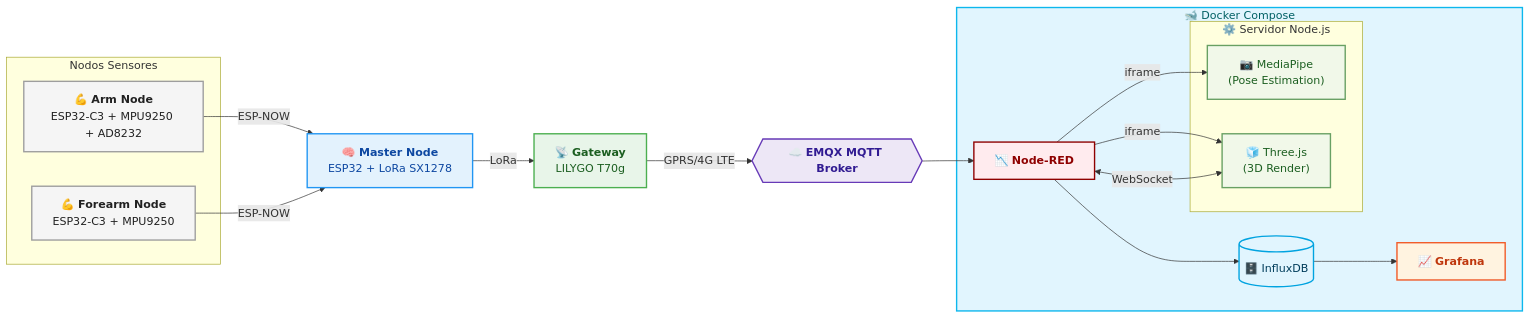
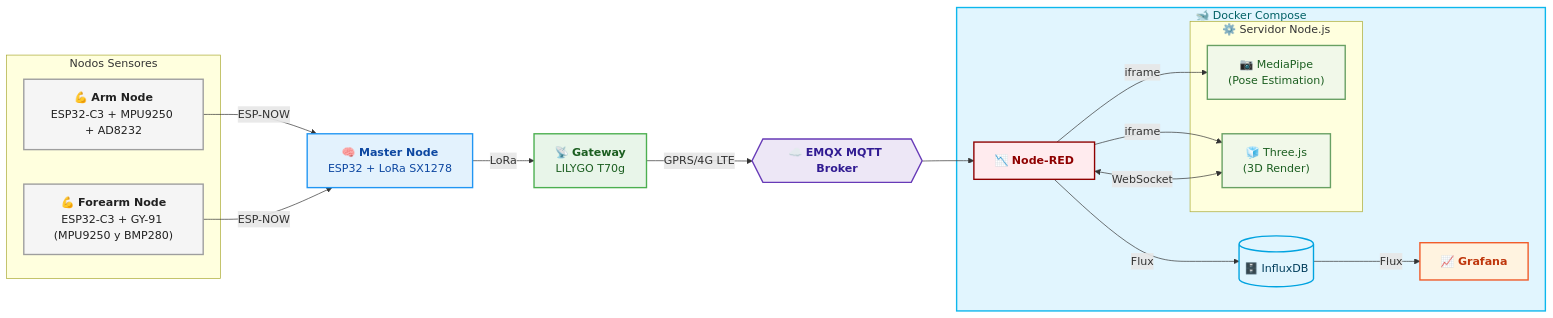
The diagram in README.md (EdwinSotoSHz/Intelligent-IMU-Wireless-Nodes-ESP32-for-Posture-Reeducation-and-Strengthening), drawn with Mermaid before and after one commit. The commit also changed other lines of this file and 15 other files, not shown here.

````diff
--- a/README.md
+++ b/README.md
@@ -104,62 +104,61 @@
 ```mermaid
 
 graph LR
     %% ===== ESTILOS BASADOS EN LOGOS OFICIALES (Borde fuerte / Fondo suave) =====
     classDef hardware fill:#f5f5f5,stroke:#9e9e9e,stroke-width:2px,color:#212121
     classDef master fill:#e3f2fd,stroke:#2196f3,stroke-width:2px,color:#0d47a1
     classDef gateway fill:#e8f5e9,stroke:#4caf50,stroke-width:2px,color:#1b5e20
     classDef cloud fill:#ede7f6,stroke:#673ab7,stroke-width:2px,color:#311b92
     classDef docker fill:#e1f5fe,stroke:#0db7ed,stroke-width:2px,color:#006064
     classDef nodered fill:#ffebee,stroke:#8f0000,stroke-width:2px,color:#8f0000
     classDef influx fill:#e1f5fe,stroke:#00a3e0,stroke-width:2px,color:#003d5b
     classDef grafana fill:#fff3e0,stroke:#f05a28,stroke-width:2px,color:#bf360c
     classDef nodejs fill:#f1f8e9,stroke:#68a063,stroke-width:2px,color:#1b5e20
 
     subgraph Perifericos ["Nodos Sensores"]
         A1["💪 <b>Arm Node</b><br/>ESP32-C3 + MPU9250 + AD8232"]
-        A2["💪 <b>Forearm Node</b><br/>ESP32-C3 + MPU9250"]
+        A2["💪 <b>Forearm Node</b><br/>ESP32-C3 + GY-91 (MPU9250 y BMP280)"]
     end
 
     B1["🧠 <b>Master Node</b><br/>ESP32 + LoRa SX1278"]
     
     C1["📡 <b>Gateway</b><br/>LILYGO T70g"]
 
     D1{{"☁️ <b>EMQX MQTT Broker</b>"}}
 
     subgraph DockerContainer ["🐋 Docker Compose"]
         E1["📉 <b>Node-RED</b>"]
         E2[("🗄️ InfluxDB")]
         E3["📈 <b>Grafana</b>"]
         
         subgraph NodeJS ["⚙️ Servidor Node.js"]
             E4["📷 MediaPipe<br/>(Pose Estimation)"]
             E5["🧊 Three.js<br/>(3D Render)"]
         end
     end
 
     %% Conexiones y Protocolos
     A1 & A2 -- "ESP-NOW" --> B1
     B1 -- "LoRa" --> C1
     C1 -- "GPRS/4G LTE" --> D1
     D1 --> E1
     
-    E1 --> E2
-    E2 --> E3
-    
     %% Conexiones de visualización e integración
     E1 -- "iframe" --> E5
     E1 -- "iframe" --> E4
     E1 <-->|"WebSocket"| E5
+    E1 -->|"Flux"| E2
+    E2 -->|"Flux"| E3
 
     %% Aplicación de Estilos
     class A1,A2 hardware
     class B1 master
     class C1 gateway
     class D1 cloud
     class DockerContainer docker
     class E1 nodered
     class E2 influx
     class E3 grafana
     class E4,E5 nodejs
     
 ```
````
